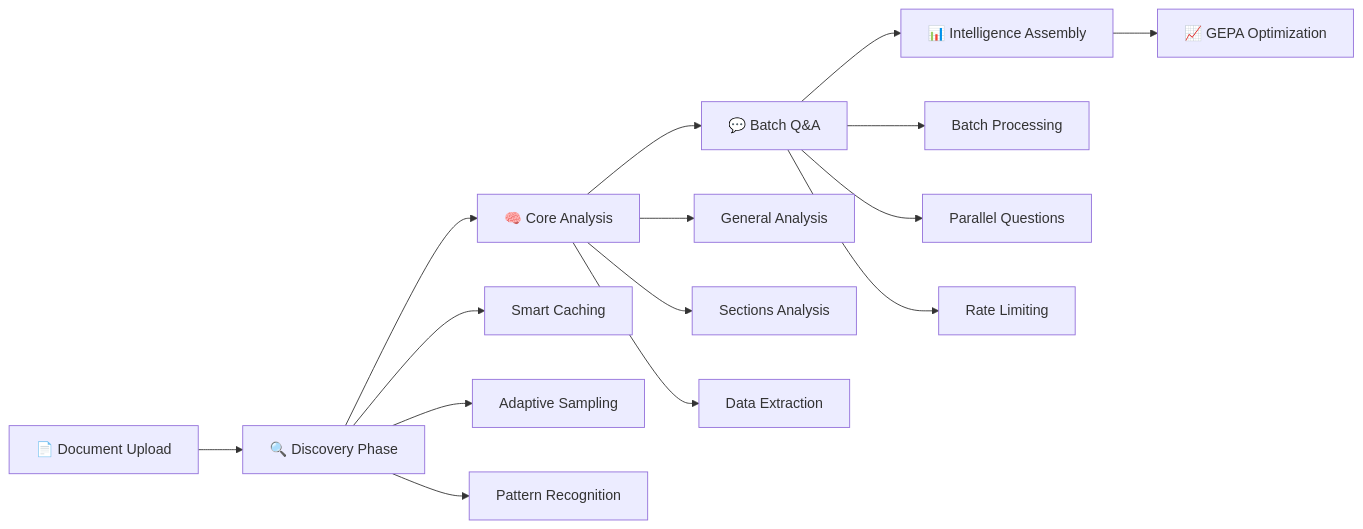
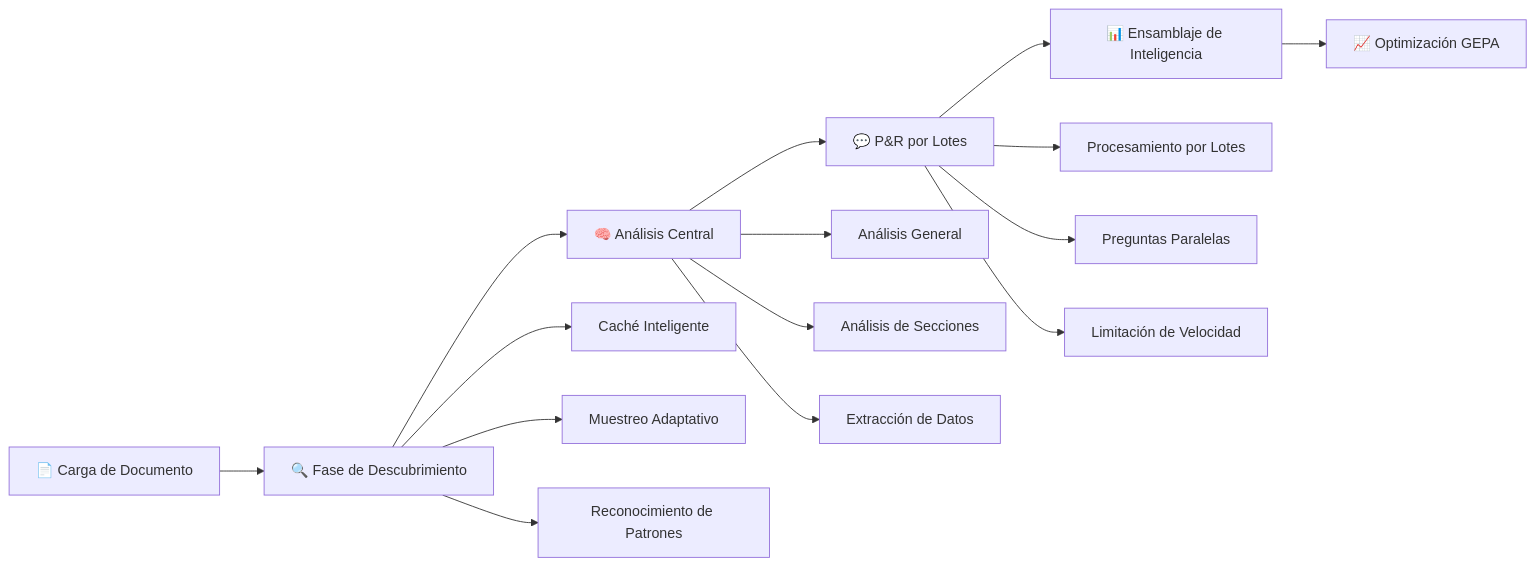
One commit to karimtouma/estimate changed the second of 3 diagrams in README.md. Above: the diagram before and after it, drawn with Mermaid. The commit also changed other lines of this file, not shown here.

````diff
--- a/README.md
+++ b/README.md
@@ -68,20 +177,20 @@
 ```mermaid
 graph LR
-    A[📄 Document Upload] --> B[🔍 Discovery Phase]
-    B --> C[🧠 Core Analysis]
-    C --> D[💬 Batch Q&A]
-    D --> E[📊 Intelligence Assembly]
-    E --> F[📈 GEPA Optimization]
+    A[📄 Carga de Documento] --> B[🔍 Fase de Descubrimiento]
+    B --> C[🧠 Análisis Central]
+    C --> D[💬 P&R por Lotes]
+    D --> E[📊 Ensamblaje de Inteligencia]
+    E --> F[📈 Optimización GEPA]
     
-    B --> B1[Smart Caching]
-    B --> B2[Adaptive Sampling]
-    B --> B3[Pattern Recognition]
+    B --> B1[Caché Inteligente]
+    B --> B2[Muestreo Adaptativo]
+    B --> B3[Reconocimiento de Patrones]
     
-    C --> C1[General Analysis]
-    C --> C2[Sections Analysis] 
-    C --> C3[Data Extraction]
+    C --> C1[Análisis General]
+    C --> C2[Análisis de Secciones] 
+    C --> C3[Extracción de Datos]
     
-    D --> D1[Batch Processing]
-    D --> D2[Parallel Questions]
-    D --> D3[Rate Limiting]
+    D --> D1[Procesamiento por Lotes]
+    D --> D2[Preguntas Paralelas]
+    D --> D3[Limitación de Velocidad]
 ```
````
